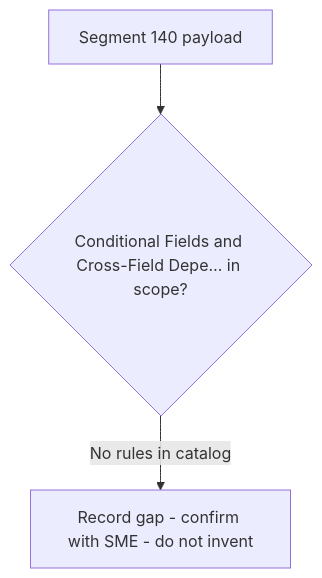
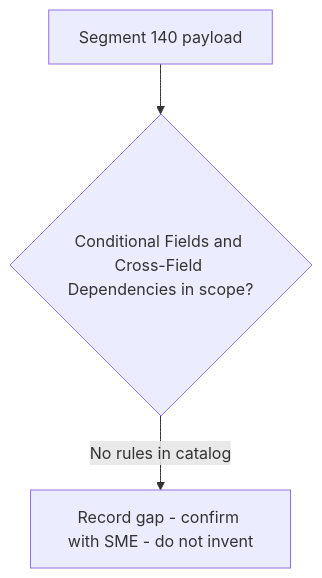
One commit to DhanSingh-hub/core-auth-ai-validation-framework changed the diagram in regression-artifact-validator/specifications/ATL105/docs/specs/kb/segment-140/conditional-dependency-rules-flow.md. Above: the diagram before and after it, drawn with Mermaid. The commit also changed 150 other files, not shown here.

````diff
--- a/regression-artifact-validator/specifications/ATL105/docs/specs/kb/segment-140/conditional-dependency-rules-flow.md
+++ b/regression-artifact-validator/specifications/ATL105/docs/specs/kb/segment-140/conditional-dependency-rules-flow.md
@@ -3,5 +3,5 @@
 ```mermaid
 flowchart TD
-    A[Segment 140 payload] --> B{Conditional Fields and Cross-Field Depe… in scope?}
+    A[Segment 140 payload] --> B{Conditional Fields and Cross-Field Dependencies in scope?}
     B -->|No rules in catalog| G[Record gap - confirm with SME - do not invent]
 ```
````
